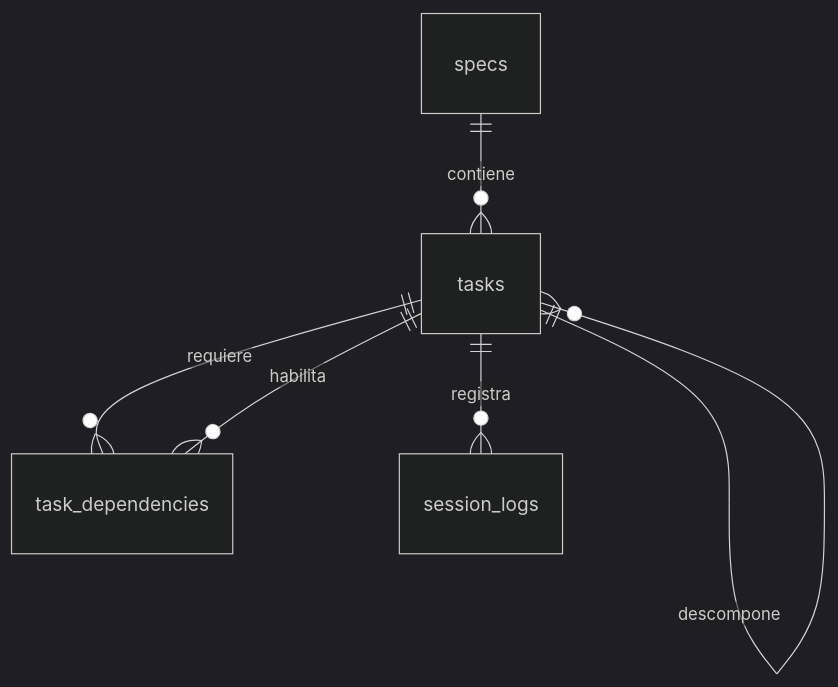
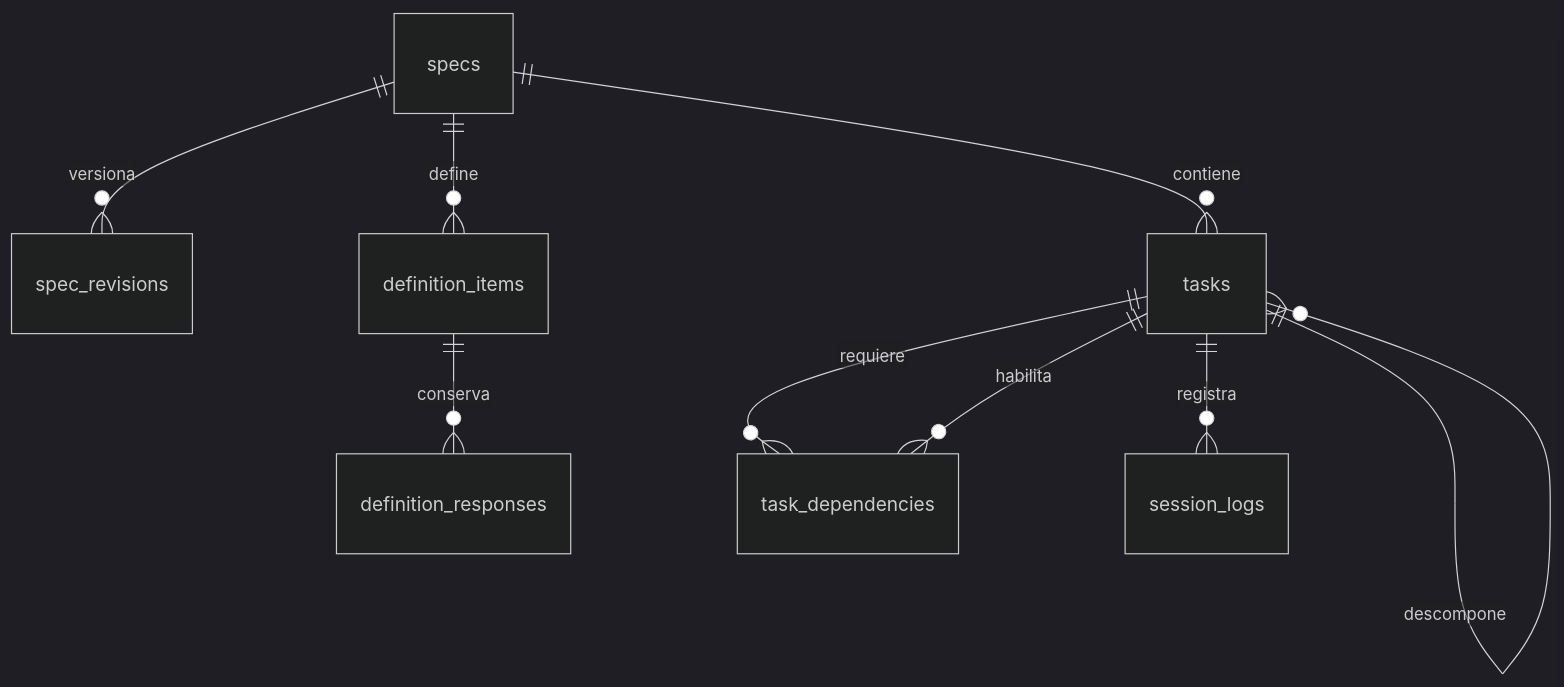
The first of 2 diagrams in docs/schema-description.md (SmartCoffee-Dev/task-repository-scaffold), drawn with Mermaid (dark theme) before and after one commit. The commit also changed other lines of this file and 2 other files, not shown here.

First line of the commit message:
feat: add spec revisions, definition items, and response workflow to SQLite schema

````diff
--- a/docs/schema-description.md
+++ b/docs/schema-description.md
@@ -14,8 +19,11 @@
 ```mermaid
 erDiagram
+    specs ||--o{ spec_revisions : versiona
+    specs ||--o{ definition_items : define
+    definition_items ||--o{ definition_responses : conserva
     specs ||--o{ tasks : contiene
     tasks ||--o{ tasks : descompone
     tasks ||--o{ task_dependencies : requiere
     tasks ||--o{ task_dependencies : habilita
     tasks ||--o{ session_logs : registra
 ```
````
